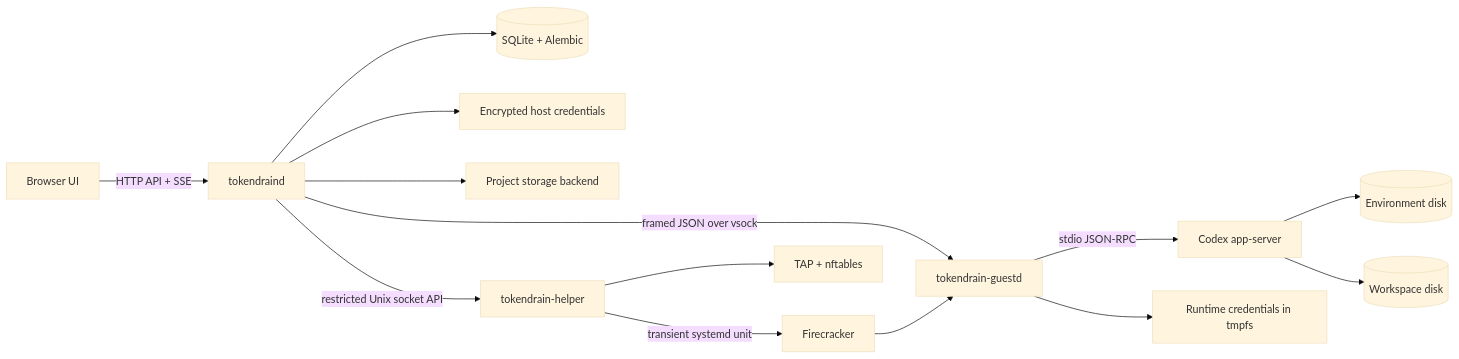
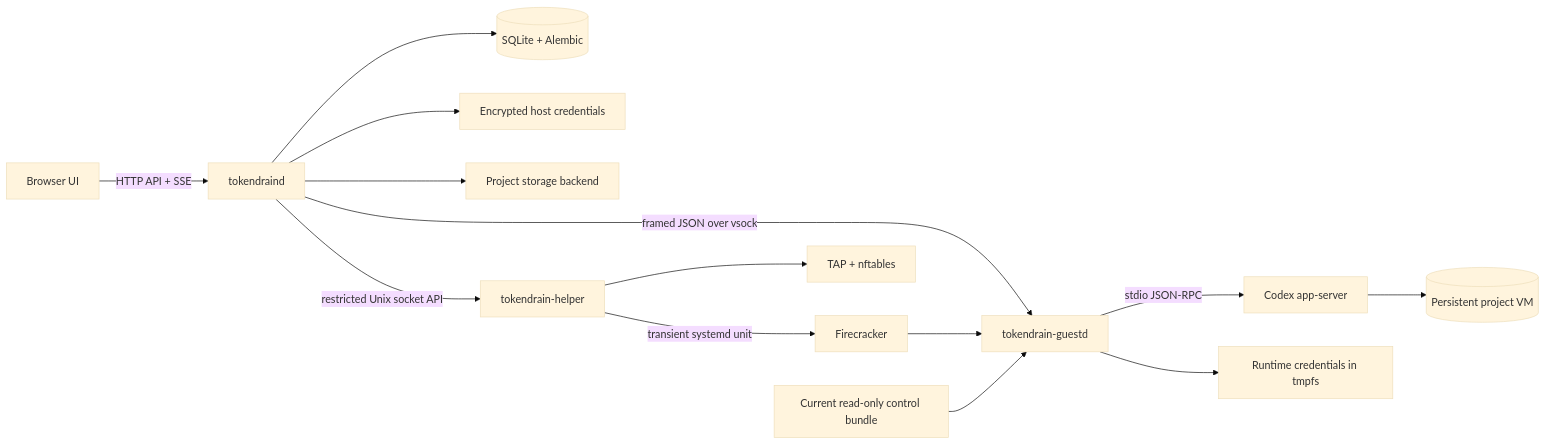
One commit to FerranAD/tokendrain changed the first of 2 diagrams in docs/architecture.md. Above: the diagram before and after it, drawn with Mermaid (base theme). The commit also changed other lines of this file and 51 other files, not shown here.

````diff
--- a/docs/architecture.md
+++ b/docs/architecture.md
@@ -7,16 +7,16 @@
 ```mermaid
 flowchart LR
     Browser[Browser UI] -->|HTTP API + SSE| Daemon[tokendraind]
     Daemon --> DB[(SQLite + Alembic)]
     Daemon --> Vault[Encrypted host credentials]
     Daemon --> Storage[Project storage backend]
     Daemon -->|restricted Unix socket API| Helper[tokendrain-helper]
     Helper -->|transient systemd unit| VMM[Firecracker]
     Helper --> Firewall[TAP + nftables]
     Daemon -->|framed JSON over vsock| Guest[tokendrain-guestd]
     VMM --> Guest
     Guest -->|stdio JSON-RPC| Codex[Codex app-server]
-    Codex --> Environment[(Environment disk)]
-    Codex --> Workspace[(Workspace disk)]
+    Codex --> Machine[(Persistent project VM)]
+    Control[Current read-only control bundle] --> Guest
     Guest --> Runtime[Runtime credentials in tmpfs]
 ```
````
